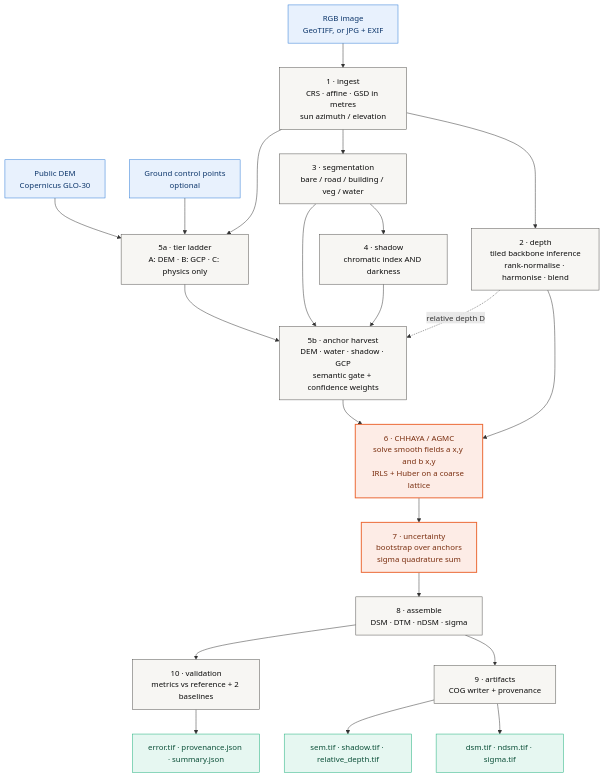
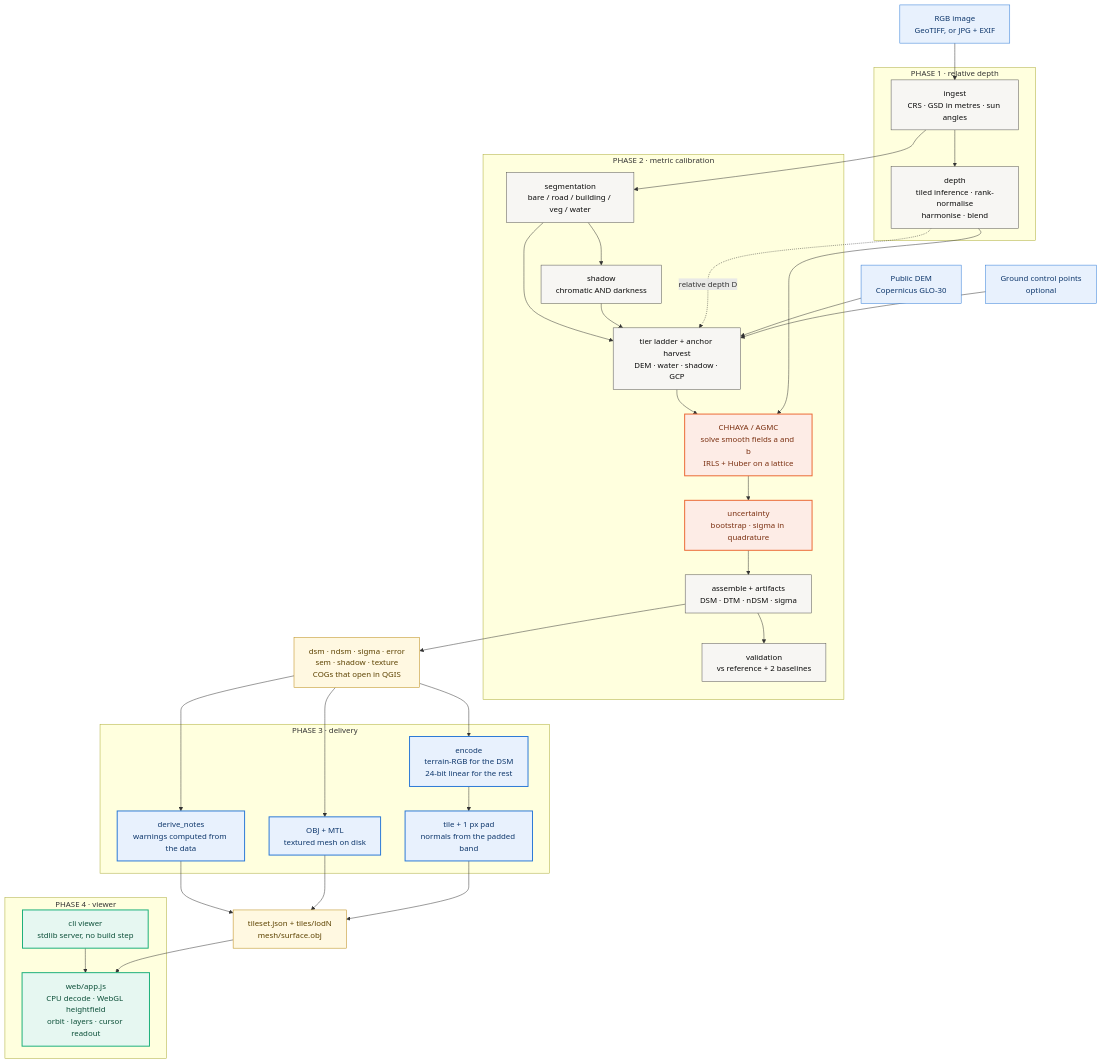
One commit to Sisigoks/AYAMA changed the first of 3 diagrams in README.md. Above: the diagram before and after it, drawn with Mermaid. The commit also changed other lines of this file and 55 other files, not shown here.

First line of the commit message:
feat: publish the 3D viewer on the site over a 12-bit tileset

````diff
--- a/README.md
+++ b/README.md
@@ -137,44 +100,58 @@
 ```mermaid
 flowchart TB
-    classDef inp  fill:#e8f1fd,stroke:#2a78d6,stroke-width:1px,color:#0d366b
-    classDef st   fill:#f7f6f3,stroke:#52514e,stroke-width:1px,color:#0b0b0b
+    classDef inp  fill:#e8f1fd,stroke:#2a78d6,color:#0d366b
+    classDef p12  fill:#f7f6f3,stroke:#52514e,color:#0b0b0b
     classDef core fill:#fdece6,stroke:#eb6834,stroke-width:2px,color:#7a2f10
-    classDef out  fill:#e6f7f1,stroke:#1baf7a,stroke-width:1px,color:#0b4f38
+    classDef p3   fill:#e8f1fd,stroke:#2a78d6,stroke-width:2px,color:#0d366b
+    classDef p4   fill:#e6f7f1,stroke:#1baf7a,stroke-width:2px,color:#0b4f38
+    classDef out  fill:#fff8e1,stroke:#b8860b,color:#5c4200
 
     IMG["RGB image<br/>GeoTIFF, or JPG + EXIF"]:::inp
     DEMS["Public DEM<br/>Copernicus GLO-30"]:::inp
     GCPS["Ground control points<br/>optional"]:::inp
 
-    ING["1 · ingest<br/>CRS · affine · GSD in metres<br/>sun azimuth / elevation"]:::st
-    DEP["2 · depth<br/>tiled backbone inference<br/>rank-normalise · harmonise · blend"]:::st
-    SEG["3 · segmentation<br/>bare / road / building / veg / water"]:::st
-    SHA["4 · shadow<br/>chromatic index AND darkness"]:::st
+    subgraph P1["PHASE 1 · relative depth"]
+        ING["ingest<br/>CRS · GSD in metres · sun angles"]:::p12
+        DEP["depth<br/>tiled inference · rank-normalise<br/>harmonise · blend"]:::p12
+    end
 
-    LAD["5a · tier ladder<br/>A: DEM · B: GCP · C: physics only"]:::st
-    ANC["5b · anchor harvest<br/>DEM · water · shadow · GCP<br/>semantic gate + confidence weights"]:::st
+    subgraph P2["PHASE 2 · metric calibration"]
+        SEG["segmentation<br/>bare / road / building / veg / water"]:::p12
+        SHA["shadow<br/>chromatic AND darkness"]:::p12
+        ANC["tier ladder + anchor harvest<br/>DEM · water · shadow · GCP"]:::p12
+        AGMC["CHHAYA / AGMC<br/>solve smooth fields a and b<br/>IRLS + Huber on a lattice"]:::core
+        UNC["uncertainty<br/>bootstrap · sigma in quadrature"]:::core
+        ASM["assemble + artifacts<br/>DSM · DTM · nDSM · sigma"]:::p12
+        VAL["validation<br/>vs reference + 2 baselines"]:::p12
+    end
 
-    AGMC["6 · CHHAYA / AGMC<br/>solve smooth fields a x,y and b x,y<br/>IRLS + Huber on a coarse lattice"]:::core
-    UNC["7 · uncertainty<br/>bootstrap over anchors<br/>sigma quadrature sum"]:::core
+    subgraph P3["PHASE 3 · delivery"]
+        ENC["encode<br/>terrain-RGB for the DSM<br/>24-bit linear for the rest"]:::p3
+        TIL["tile + 1 px pad<br/>normals from the padded band"]:::p3
+        OBJ["OBJ + MTL<br/>textured mesh on disk"]:::p3
+        NOT["derive_notes<br/>warnings computed from the data"]:::p3
+    end
 
-    ASM["8 · assemble<br/>DSM · DTM · nDSM · sigma"]:::st
-    ART["9 · artifacts<br/>COG writer + provenance"]:::st
-    VAL["10 · validation<br/>metrics vs reference + 2 baselines"]:::st
+    subgraph P4["PHASE 4 · viewer"]
+        VIEW["web/app.js<br/>CPU decode · WebGL heightfield<br/>orbit · layers · cursor readout"]:::p4
+        SRV["cli viewer<br/>stdlib server, no build step"]:::p4
+    end
 
-    O1["dsm.tif · ndsm.tif · sigma.tif"]:::out
-    O2["sem.tif · shadow.tif · relative_depth.tif"]:::out
-    O3["error.tif · provenance.json · summary.json"]:::out
+    COG["dsm · ndsm · sigma · error<br/>sem · shadow · texture<br/>COGs that open in QGIS"]:::out
+    TSET["tileset.json + tiles/lodN<br/>mesh/surface.obj"]:::out
 
     IMG --> ING --> DEP --> AGMC
-    ING --> SEG --> SHA
+    ING --> SEG --> SHA --> ANC
     SEG --> ANC
-    SHA --> ANC
-    DEMS --> LAD
-    GCPS --> LAD
-    ING --> LAD --> ANC --> AGMC
+    DEMS --> ANC
+    GCPS --> ANC
+    ANC --> AGMC --> UNC --> ASM --> VAL
+    ASM --> COG
     DEP -. "relative depth D" .-> ANC
-    AGMC --> UNC --> ASM --> ART
-    ASM --> VAL
-    ART --> O1
-    ART --> O2
-    VAL --> O3
+
+    COG --> ENC --> TIL --> TSET
+    COG --> OBJ --> TSET
+    COG --> NOT --> TSET
+    TSET --> VIEW
+    SRV --> VIEW
 ```
````
